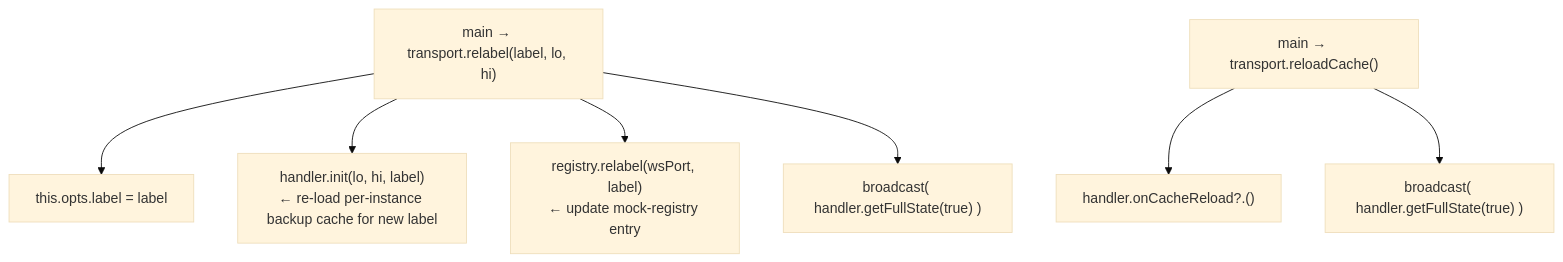
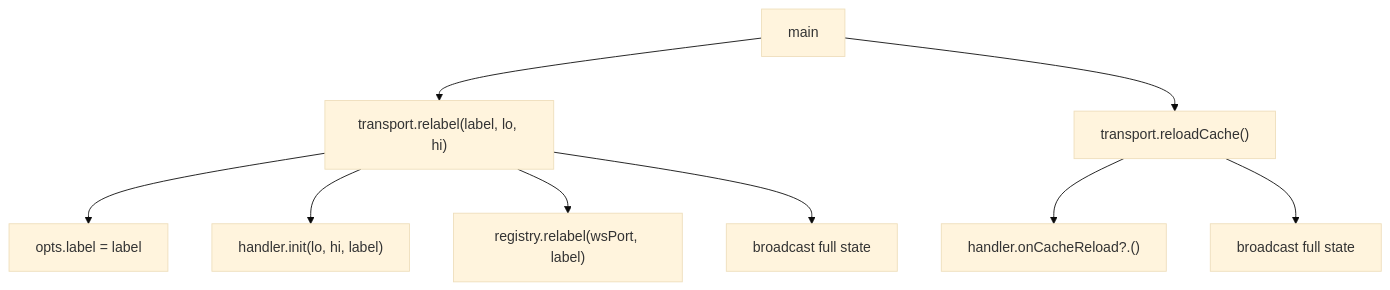
The eighth of 9 diagrams in packages/sounds-and-recreation-app/src/transport.md (uribrecher/keyboards-mcp), drawn with Mermaid (base theme) before and after one commit. The commit also changed other lines of this file, not shown here.

First line of the commit message:
docs: make transport.md mermaid diagrams structural and concise

````diff
--- a/packages/sounds-and-recreation-app/src/transport.md
+++ b/packages/sounds-and-recreation-app/src/transport.md
@@ -196,12 +201,13 @@
 ```mermaid
 flowchart TB
-    relabel["main → transport.relabel(label, lo, hi)"]
-    relabel --> r1["this.opts.label = label"]
-    relabel --> r2["handler.init(lo, hi, label)<br/>← re-load per-instance backup cache for new label"]
-    relabel --> r3["registry.relabel(wsPort, label)<br/>← update mock-registry entry"]
-    relabel --> r4["broadcast( handler.getFullState(true) )"]
+    main["main"]
+    main --> relabel["transport.relabel(label, lo, hi)"]
+    relabel --> r1["opts.label = label"]
+    relabel --> r2["handler.init(lo, hi, label)"]
+    relabel --> r3["registry.relabel(wsPort, label)"]
+    relabel --> r4["broadcast full state"]
 
-    reload["main → transport.reloadCache()"]
+    main --> reload["transport.reloadCache()"]
     reload --> c1["handler.onCacheReload?.()"]
-    reload --> c2["broadcast( handler.getFullState(true) )"]
+    reload --> c2["broadcast full state"]
 ```
````
